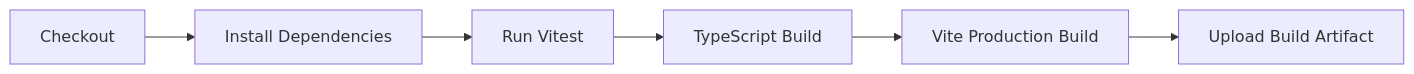
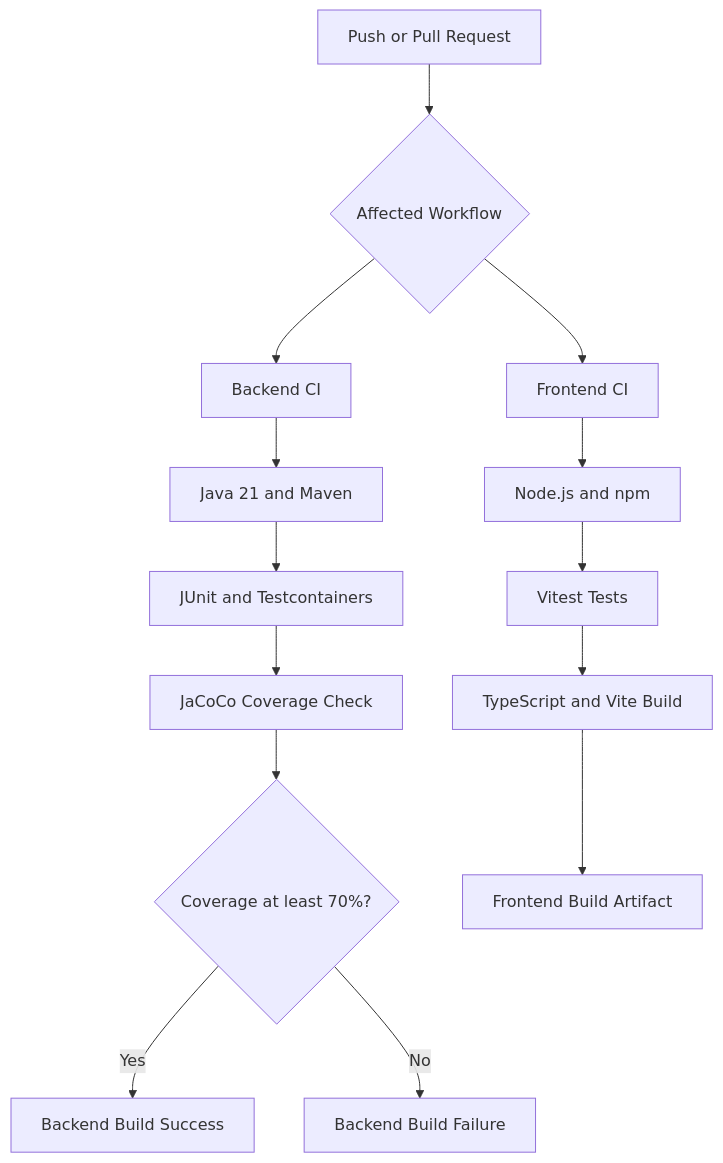
The sixth of 6 diagrams in README.md (Vladkosheliuk/warehouse-picker-route-optimization), drawn with Mermaid before and after one commit. The commit also changed other lines of this file and 1 other file, not shown here.

Commit message:
Document automated testing and verified coverage results

````diff
--- a/README.md
+++ b/README.md
@@ -634,8 +751,20 @@
 ```mermaid
-flowchart LR
-    A[Checkout] --> B[Install Dependencies]
-    B --> C[Run Vitest]
-    C --> D[TypeScript Build]
-    D --> E[Vite Production Build]
-    E --> F[Upload Build Artifact]
+flowchart TD
+    A[Push or Pull Request] --> B{Affected Workflow}
+
+    B --> C[Backend CI]
+    B --> D[Frontend CI]
+
+    C --> E[Java 21 and Maven]
+    E --> F[JUnit and Testcontainers]
+    F --> G[JaCoCo Coverage Check]
+    G --> H{Coverage at least 70%?}
+
+    H -- Yes --> I[Backend Build Success]
+    H -- No --> J[Backend Build Failure]
+
+    D --> K[Node.js and npm]
+    K --> L[Vitest Tests]
+    L --> M[TypeScript and Vite Build]
+    M --> N[Frontend Build Artifact]
 ```
````
